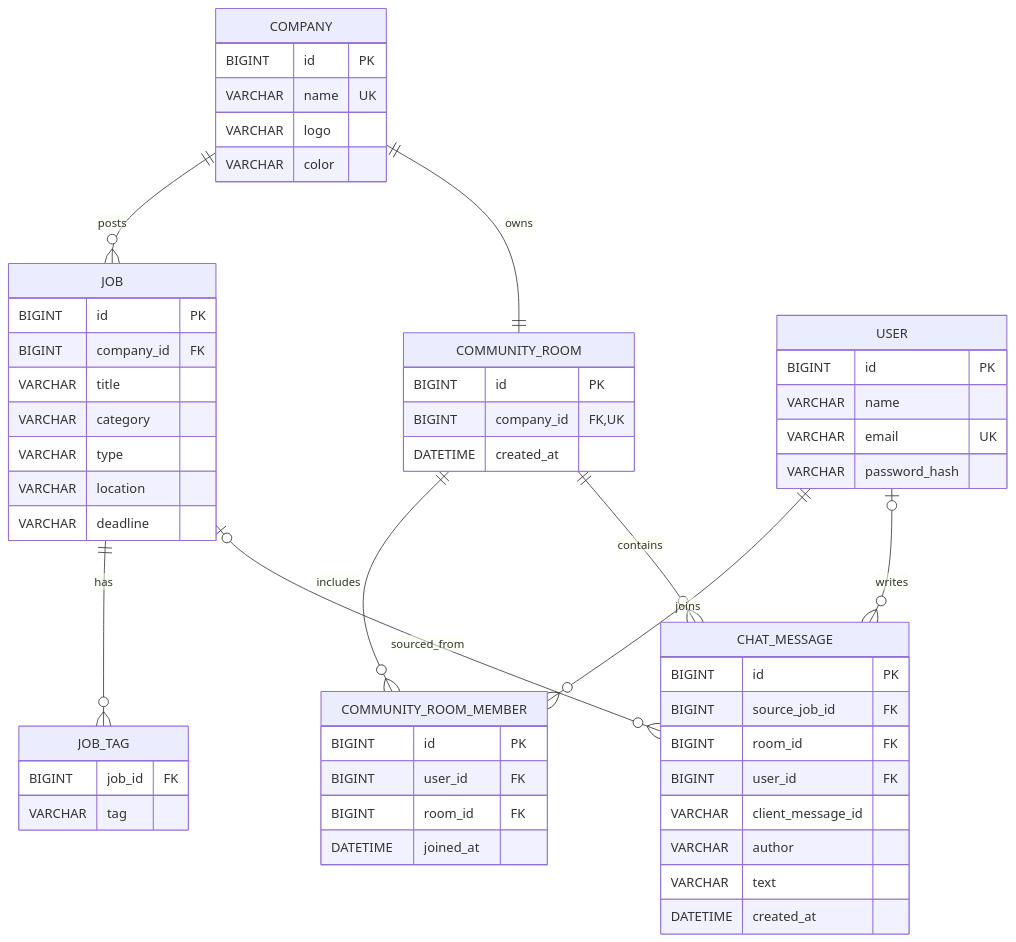
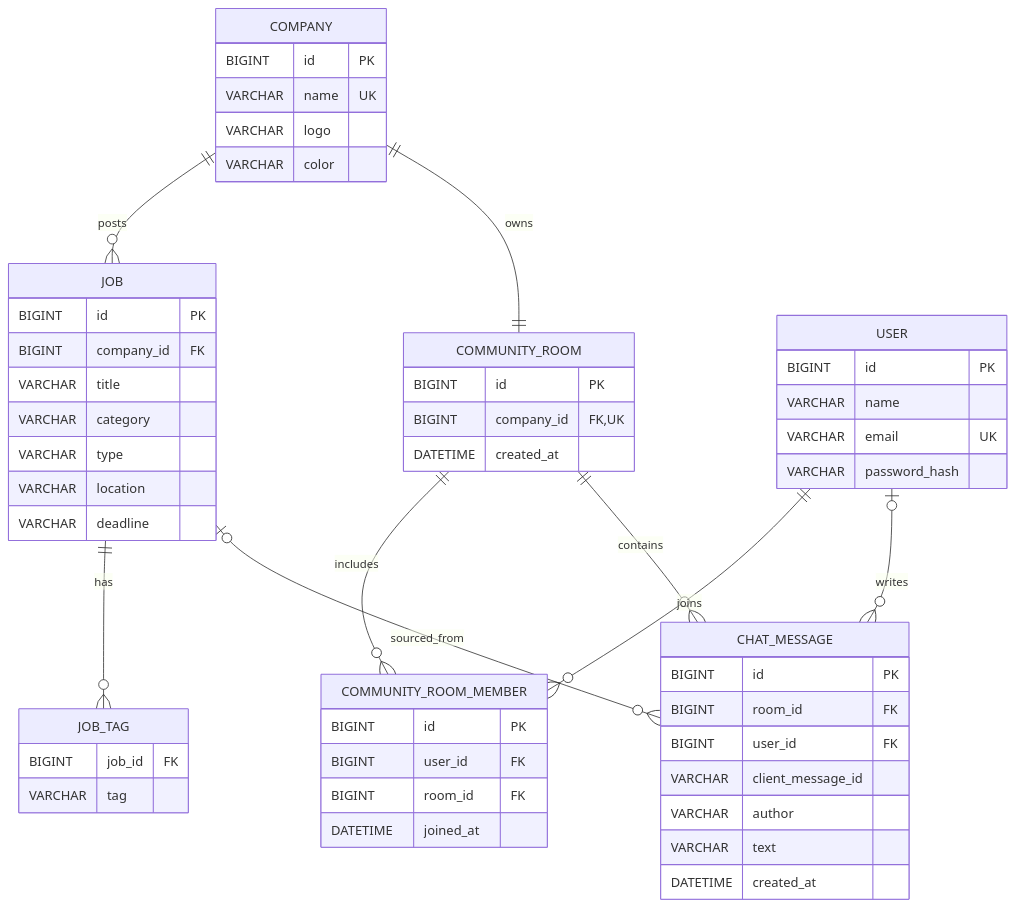
The diagram in docs/design.md (youm0524/AIRefactoringProject), drawn with Mermaid before and after one commit. The commit also changed other lines of this file and 9 other files, not shown here.

````diff
--- a/docs/design.md
+++ b/docs/design.md
@@ -176,58 +172,57 @@
 ```mermaid
 erDiagram
     COMPANY ||--o{ JOB : posts
     COMPANY ||--|| COMMUNITY_ROOM : owns
     JOB ||--o{ JOB_TAG : has
     USER ||--o{ COMMUNITY_ROOM_MEMBER : joins
     COMMUNITY_ROOM ||--o{ COMMUNITY_ROOM_MEMBER : includes
     COMMUNITY_ROOM ||--o{ CHAT_MESSAGE : contains
     USER o|--o{ CHAT_MESSAGE : writes
     JOB o|--o{ CHAT_MESSAGE : sourced_from
 
     COMPANY {
         BIGINT id PK
         VARCHAR name UK
         VARCHAR logo
         VARCHAR color
     }
     USER {
         BIGINT id PK
         VARCHAR name
         VARCHAR email UK
         VARCHAR password_hash
     }
     JOB {
         BIGINT id PK
         BIGINT company_id FK
         VARCHAR title
         VARCHAR category
         VARCHAR type
         VARCHAR location
         VARCHAR deadline
     }
     JOB_TAG {
         BIGINT job_id FK
         VARCHAR tag
     }
     COMMUNITY_ROOM {
         BIGINT id PK
         BIGINT company_id FK, UK
         DATETIME created_at
     }
     COMMUNITY_ROOM_MEMBER {
         BIGINT id PK
         BIGINT user_id FK
         BIGINT room_id FK
         DATETIME joined_at
     }
     CHAT_MESSAGE {
         BIGINT id PK
-        BIGINT source_job_id FK
         BIGINT room_id FK
         BIGINT user_id FK
         VARCHAR client_message_id
         VARCHAR author
         VARCHAR text
         DATETIME created_at
     }
 ```
````
